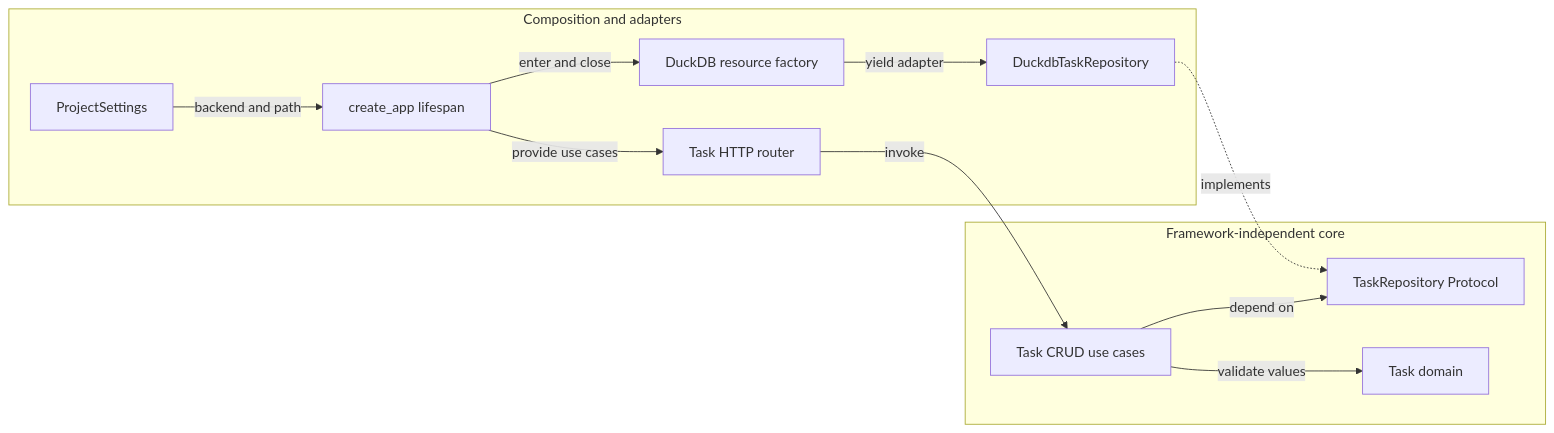
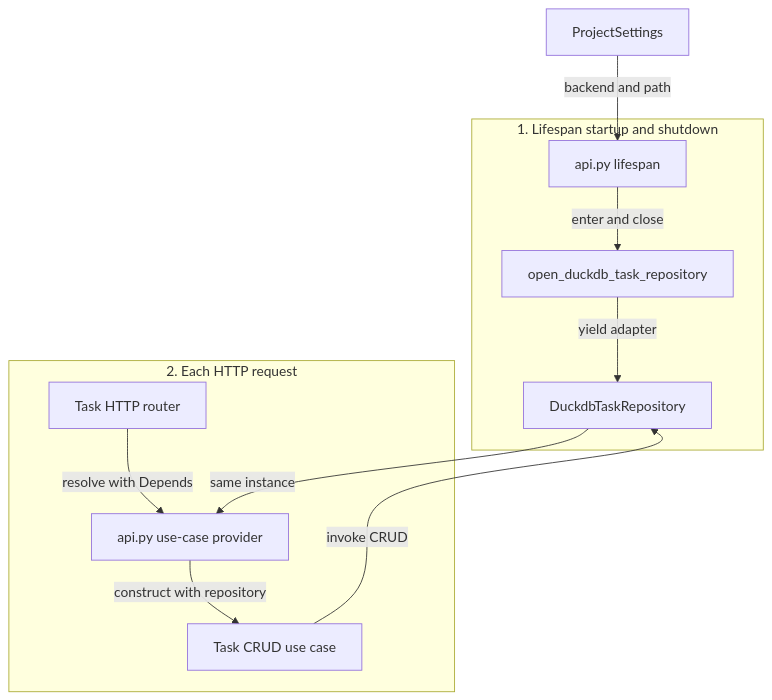
Before and after one commit to ks6088ts-labs/template-azure-python: the third of 3 diagrams in docs/architecture/index.md, drawn with Mermaid. The commit also changed other lines of this file and 9 other files, not shown here.

````diff
--- a/docs/architecture/index.md
+++ b/docs/architecture/index.md
@@ -232,23 +225,21 @@
 ```mermaid
-flowchart LR
-    subgraph cOuter["Composition and adapters"]
-        cSettings["ProjectSettings"]
-        cRoot["create_app lifespan"]
-        cFactory["DuckDB resource factory"]
+flowchart TD
+    cSettings["ProjectSettings"]
+    subgraph cStartup["1. Lifespan startup and shutdown"]
+        cRoot["api.py lifespan"]
+        cFactory["open_duckdb_task_repository"]
         cRepo["DuckdbTaskRepository"]
+    end
+    subgraph cRequest["2. Each HTTP request"]
         cRouter["Task HTTP router"]
-    end
-    subgraph cCore["Framework-independent core"]
-        cUsecases["Task CRUD use cases"]
-        cPort["TaskRepository Protocol"]
-        cTask["Task domain"]
+        cProvider["api.py use-case provider"]
+        cUsecases["Task CRUD use case"]
     end
     cSettings -->|"backend and path"| cRoot
     cRoot -->|"enter and close"| cFactory
     cFactory -->|"yield adapter"| cRepo
-    cRoot -->|"provide use cases"| cRouter
-    cRouter -->|"invoke"| cUsecases
-    cUsecases -->|"depend on"| cPort
-    cUsecases -->|"validate values"| cTask
-    cRepo -.->|"implements"| cPort
+    cRepo -->|"same instance"| cProvider
+    cRouter -->|"resolve with Depends"| cProvider
+    cProvider -->|"construct with repository"| cUsecases
+    cUsecases -->|"invoke CRUD"| cRepo
 ```
````
